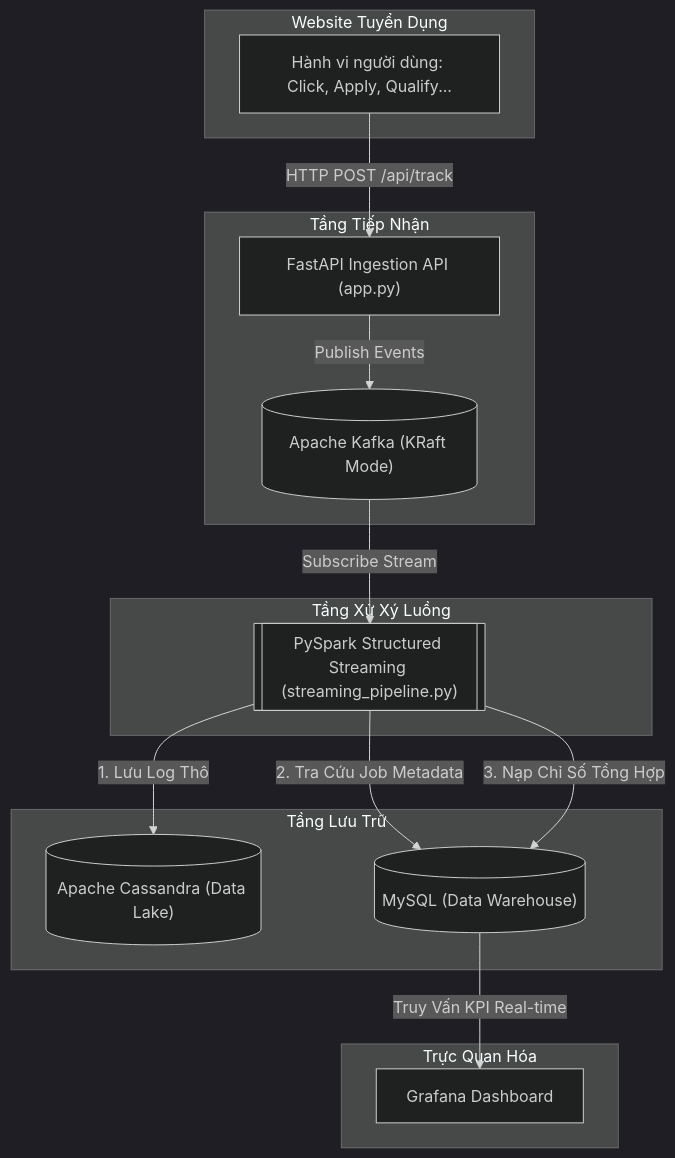
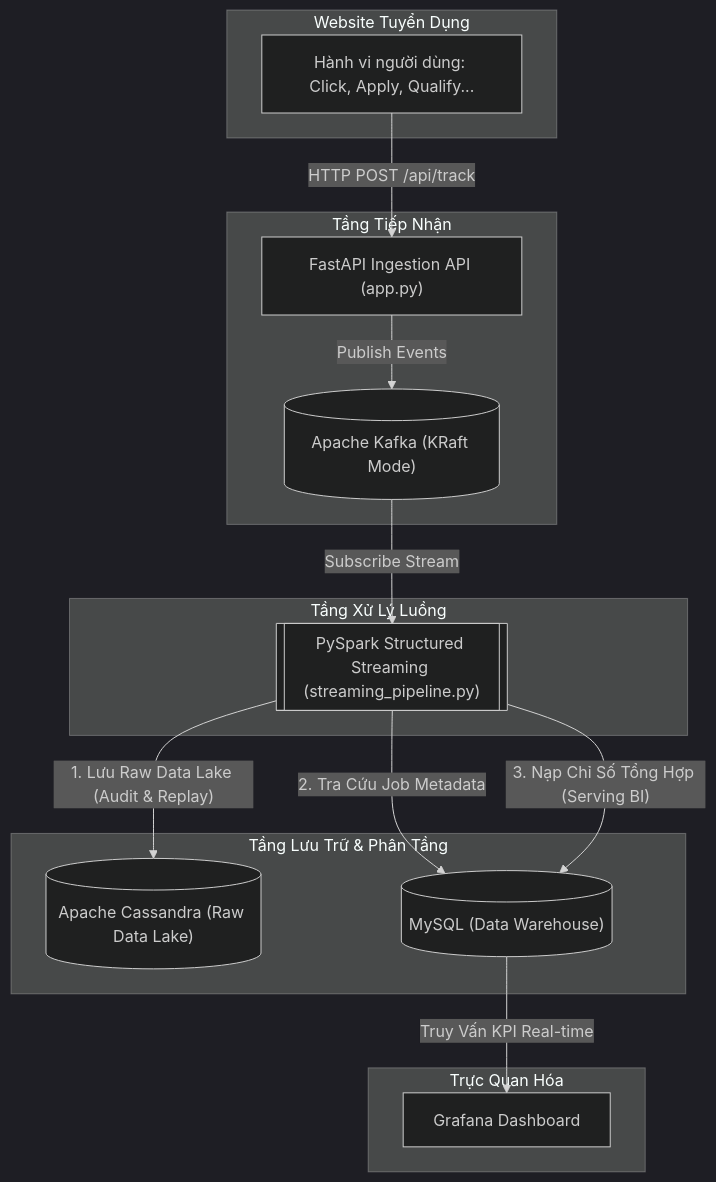
One commit to nguyenmanhtuan2004/recruitment-data-pipeline changed the diagram in README.md. Above: the diagram before and after it, drawn with Mermaid (dark theme). The commit also changed other lines of this file and 4 other files, not shown here.

Commit message:
refactor: migrate recruitment pipeline from batch ETL to real-time streaming architecture with FastAPI and Kafka.

````diff
--- a/README.md
+++ b/README.md
@@ -42,31 +42,31 @@
 ```mermaid
 flowchart TD
-    subgraph Web_Client [Website Tuyển Dụng]
+    subgraph Web_Client ["Website Tuyển Dụng"]
         UserInteract["Hành vi người dùng: Click, Apply, Qualify..."]
     end
 
-    subgraph Ingestion_Layer [Tầng Tiếp Nhận]
+    subgraph Ingestion_Layer ["Tầng Tiếp Nhận"]
         FastAPI["FastAPI Ingestion API (app.py)"]
         KafkaBroker[("Apache Kafka (KRaft Mode)")]
-        UserInteract -->|HTTP POST /api/track| FastAPI
-        FastAPI -->|Publish Events| KafkaBroker
+        UserInteract -->|"HTTP POST /api/track"| FastAPI
+        FastAPI -->|"Publish Events"| KafkaBroker
     end
 
-    subgraph Processing_Layer [Tầng Xử Xý Luồng]
+    subgraph Processing_Layer ["Tầng Xử Lý Luồng"]
         SparkStreaming[["PySpark Structured Streaming (streaming_pipeline.py)"]]
-        KafkaBroker -->|Subscribe Stream| SparkStreaming
+        KafkaBroker -->|"Subscribe Stream"| SparkStreaming
     end
 
-    subgraph Storage_Layer [Tầng Lưu Trữ]
-        Cassandra[("Apache Cassandra (Data Lake)")]
+    subgraph Storage_Layer ["Tầng Lưu Trữ & Phân Tầng"]
+        Cassandra[("Apache Cassandra (Raw Data Lake)")]
         MySQL[("MySQL (Data Warehouse)")]
-        SparkStreaming -->|1. Lưu Log Thô| Cassandra
-        SparkStreaming -->|2. Tra Cứu Job Metadata| MySQL
-        SparkStreaming -->|3. Nạp Chỉ Số Tổng Hợp| MySQL
+        SparkStreaming -->|"1. Lưu Raw Data Lake (Audit & Replay)"| Cassandra
+        SparkStreaming -->|"2. Tra Cứu Job Metadata"| MySQL
+        SparkStreaming -->|"3. Nạp Chỉ Số Tổng Hợp (Serving BI)"| MySQL
     end
 
-    subgraph Visualization_Layer [Trực Quan Hóa]
+    subgraph Visualization_Layer ["Trực Quan Hóa"]
         Grafana["Grafana Dashboard"]
-        MySQL -->|Truy Vấn KPI Real-time| Grafana
+        MySQL -->|"Truy Vấn KPI Real-time"| Grafana
     end
 ```
````
